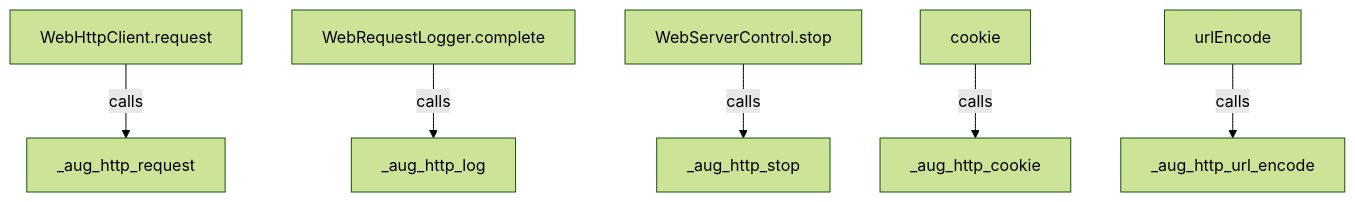
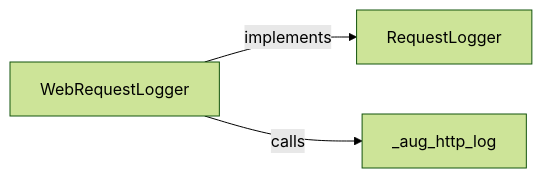
The second of 9 diagrams in src/stdlib/web/contracts.aug.diagrams.md (GreenPandaStudios/augscript), drawn with Mermaid (forest theme) before and after one commit. The commit also changed other lines of this file and 304 other files, not shown here.

Commit message:
Make generated data-flow sequences concise and review every diagram

````diff
--- a/src/stdlib/web/contracts.aug.diagrams.md
+++ b/src/stdlib/web/contracts.aug.diagrams.md
@@ -34,18 +22,8 @@
 ```mermaid
-flowchart TD
-    n0["WebHttpClient.request"]
-    n1["WebRequestLogger.complete"]
-    n2["WebServerControl.stop"]
-    n3["_aug_http_cookie"]
-    n4["_aug_http_log"]
-    n5["_aug_http_request"]
-    n6["_aug_http_stop"]
-    n7["_aug_http_url_encode"]
-    n8["cookie"]
-    n9["urlEncode"]
-    n0 -->|"calls"| n5
-    n1 -->|"calls"| n4
-    n2 -->|"calls"| n6
-    n8 -->|"calls"| n3
-    n9 -->|"calls"| n7
+flowchart LR
+    n0["RequestLogger"]
+    n1["WebRequestLogger"]
+    n2["_aug_http_log"]
+    n1 -->|"implements"| n0
+    n1 -->|"calls"| n2
 ```
````
